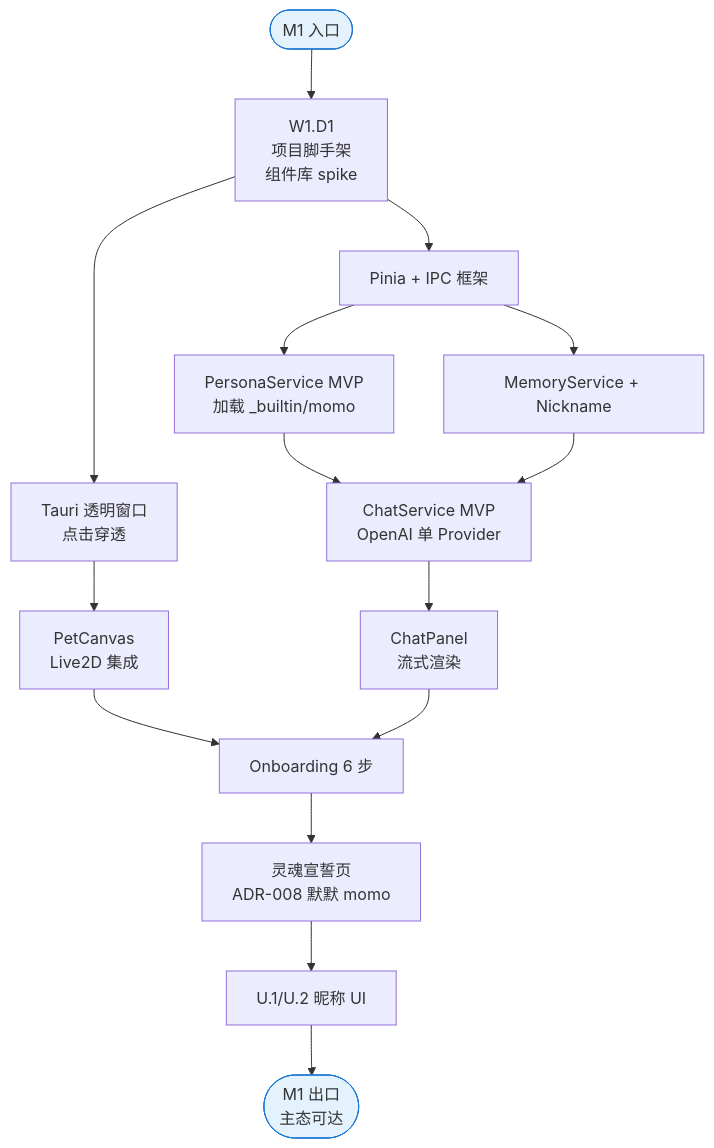
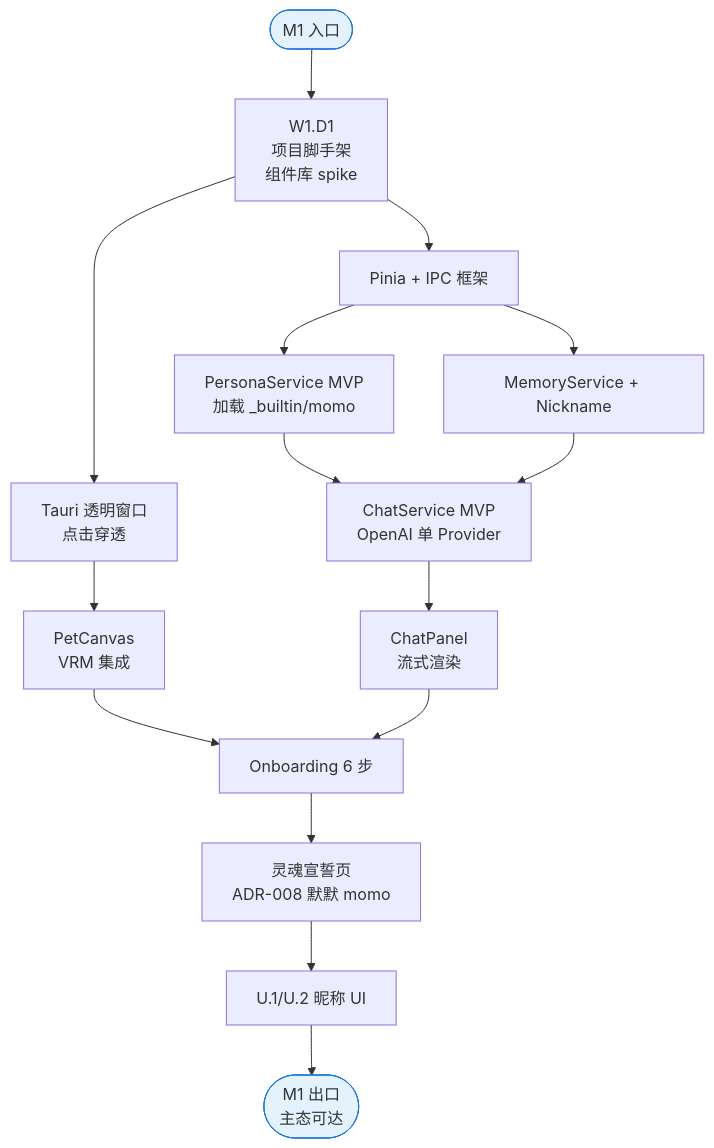
The seventh of 16 diagrams in docs/AIPET-obsidian/2026-05-01-development-roadmap-v1.0.md (tl0502/aipet), drawn with Mermaid before and after one commit. The commit also changed other lines of this file and 11 other files, not shown here.

First line of the commit message:
docs(baseline): align v1.0 to VRM, supersede Live2D ADR-002/003

````diff
--- a/docs/AIPET-obsidian/2026-05-01-development-roadmap-v1.0.md
+++ b/docs/AIPET-obsidian/2026-05-01-development-roadmap-v1.0.md
@@ -313,25 +313,25 @@
 ```mermaid
 graph TD
     M1Start([M1 入口])
     M1Start --> A1[W1.D1<br/>项目脚手架<br/>组件库 spike]
     A1 --> B1[Tauri 透明窗口<br/>点击穿透]
     A1 --> C1[Pinia + IPC 框架]
 
-    B1 --> D1[PetCanvas<br/>Live2D 集成]
+    B1 --> D1[PetCanvas<br/>VRM 集成]
     C1 --> E1[PersonaService MVP<br/>加载 _builtin/momo]
     C1 --> F1[MemoryService + Nickname]
 
     E1 --> G1[ChatService MVP<br/>OpenAI 单 Provider]
     F1 --> G1
     G1 --> H1[ChatPanel<br/>流式渲染]
 
     D1 --> I1[Onboarding 6 步]
     H1 --> I1
     I1 --> J1[灵魂宣誓页<br/>ADR-008 默默 momo]
     J1 --> K1[U.1/U.2 昵称 UI]
 
     K1 --> M1End([M1 出口<br/>主态可达])
 
     classDef start fill:#e3f2fd,stroke:#1976d2
     class M1Start,M1End start
 ```
````
